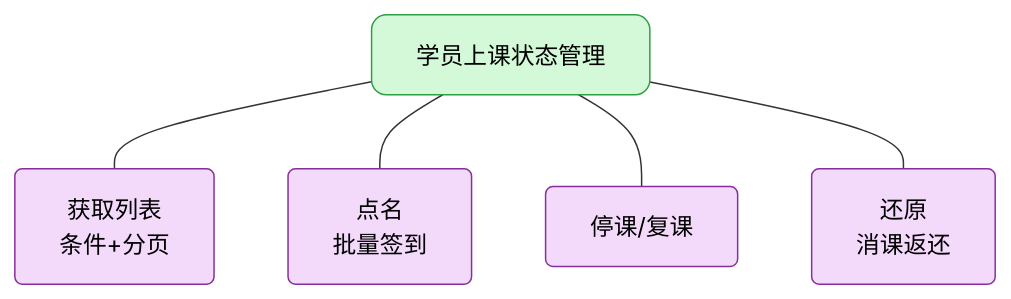
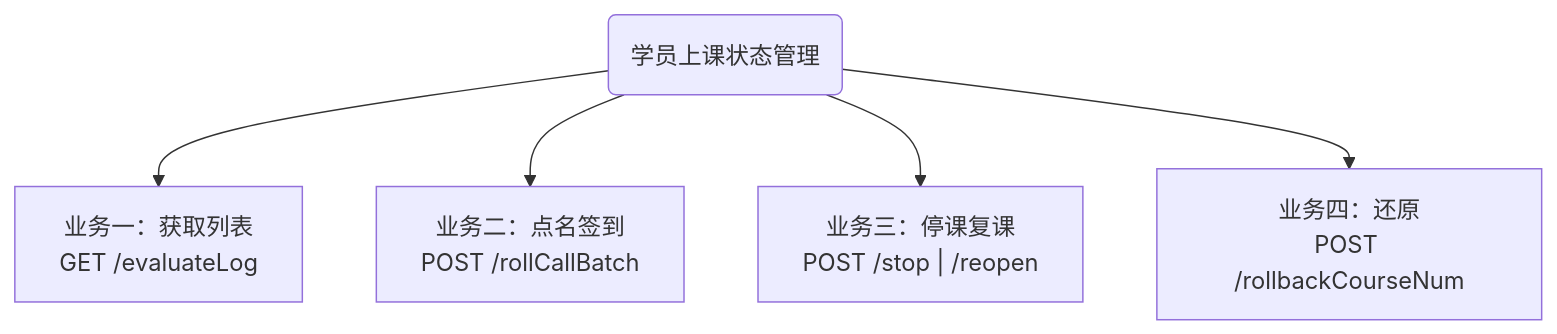
One commit to laoliu-463/mybook changed the first of 5 diagrams in 00-收集箱/学员上课状态管理流程.md. Above: the diagram before and after it, drawn with Mermaid. The commit also changed other lines of this file and 2 other files, not shown here.

````diff
--- a/00-收集箱/学员上课状态管理流程.md
+++ b/00-收集箱/学员上课状态管理流程.md
@@ -5,13 +5,8 @@
 ```mermaid
 flowchart TB
-    center["学员上课状态管理"]
-    center --- list["获取列表<br/>条件+分页"]
-    center --- rollcall["点名<br/>批量签到"]
-    center --- stop["停课/复课"]
-    center --- rollback["还原<br/>消课返还"]
-
-    classDef center fill:#d3f9d8,stroke:#2f9e44,color:#000,rx:10,ry:10
-    classDef module fill:#f3d9fa,stroke:#862e9c,color:#000,rx:5,ry:5
-    class center center
-    class list,rollcall,stop,rollback module
+    center("学员上课状态管理")
+    center --> biz1["业务一：获取列表<br/>GET /evaluateLog"]
+    center --> biz2["业务二：点名签到<br/>POST /rollCallBatch"]
+    center --> biz3["业务三：停课复课<br/>POST /stop | /reopen"]
+    center --> biz4["业务四：还原<br/>POST /rollbackCourseNum"]
 ```
````
